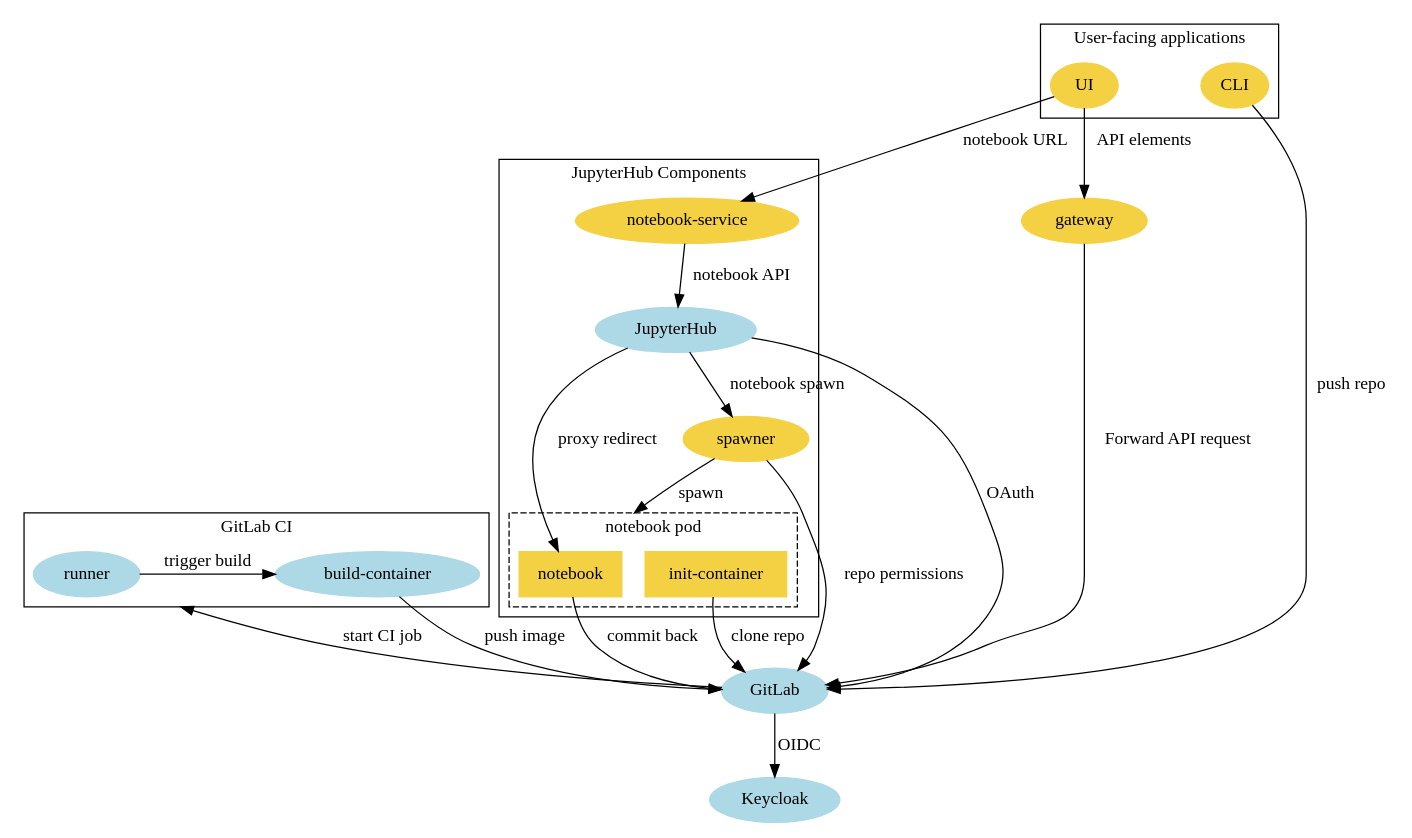
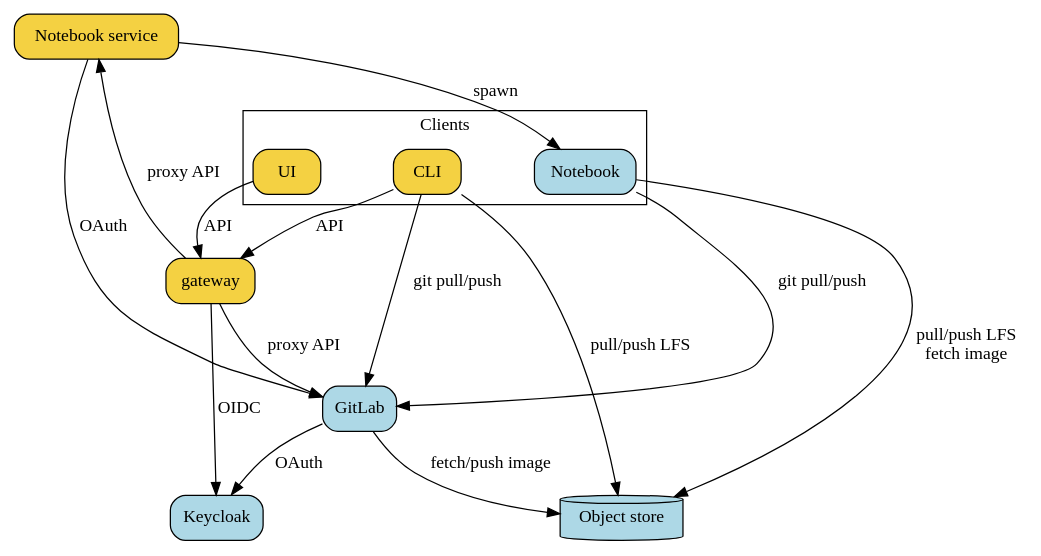
The diagram in docs/_static/graphviz/renku_architecture.dot (SwissDataScienceCenter/renku), drawn with Graphviz before and after one commit. The commit also changed 17 other files, not shown here.

Commit message:
update to architecture diagrams (#466)

```diff
--- a/docs/_static/graphviz/renku_architecture.dot
+++ b/docs/_static/graphviz/renku_architecture.dot
@@ -1,63 +1,49 @@
-digraph architecture {
+strict digraph architecture {
   compound=true;
+  newrank=true;
+  ordering=out;
+
+  graph [fontname="Raleway", nodesep="0.8"];
+  node [shape="rect", style="filled,rounded", fontname="Raleway"];
+  edge [fontname="Raleway"]
 
 
-  GitLab [color="lightblue", style="filled"]
-  Keycloak [color="lightblue", style="filled"]
-  UI [color="#f4d142", style="filled"]
-  CLI [color="#f4d142", style="filled"]
-  gateway [color="#f4d142", style="filled"]
-  JupyterHub [color="lightblue", style="filled"]
-  "notebook-service" [color="#f4d142", style="filled"]
-  spawner [color="#f4d142", style="filled"]
-  "notebook" [shape="rect", color="#f4d142", style="filled"]
-  "init-container" [shape="rect", color="#f4d142", style="filled"]
-  runner [color="lightblue", style="filled"]
-  "build-container" [color="lightblue", style="filled"]
+  # main off-the-shelf services
+  GitLab [fillcolor="lightblue" URL="../developer/services/notebooks_service.html#image-builds" target="_graphviz"]
+  Keycloak [fillcolor="lightblue"]
+  JupyterHub [label="Notebook service" fillcolor="#f4d142" URL="../developer/services/notebooks_service.html" target="_graphviz"]
+  Notebook [fillcolor="lightblue"]
 
-  subgraph auth_layer {
-    GitLab -> Keycloak [label="OIDC"]
-    // {rank=same; Keycloak, GitLab};
+  # clients
+  UI [fillcolor="#f4d142"]
+  CLI [fillcolor="#f4d142"]
+
+  gateway [fillcolor="#f4d142" URL="../developer/services/api_gateway.html" target="_graphviz"]
+
+  storage [fillcolor="lightblue", label="Object store", shape="cylinder"]
+
+  subgraph cluster_clients {
+    label="Clients"
+    UI
+    CLI
+    Notebook
+    {rank=same; UI, CLI, Notebook};
   }
 
-  subgraph cluster_client_side_apps {
-    label="User-facing applications"
-    UI
-    CLI
-    {rank=same; UI, CLI};
-  }
+  JupyterHub -> Notebook [label=" spawn"]
 
-  subgraph cluster_jupyterhub{
-    label="JupyterHub Components"
-    JupyterHub -> spawner [label="notebook spawn"]
-    spawner -> notebook [label="spawn", lhead=cluster_notebook];
-    JupyterHub -> notebook [label="proxy redirect"]
-    "notebook-service" -> JupyterHub [label="notebook API"]
+  CLI -> GitLab [label=" git pull/push"]
+  Notebook -> GitLab [label=" git pull/push"]
+  Notebook -> storage [label=" pull/push LFS\n fetch image"]
+  CLI -> gateway [label=" API"]
+  UI -> gateway [label=" API"]
+  GitLab -> Keycloak [label=" OAuth"]
+  JupyterHub -> GitLab [label=" OAuth"]
+  gateway -> GitLab [label=" proxy API"]
+  gateway -> JupyterHub [label=" proxy API"]
+  gateway -> Keycloak [label=" OIDC"]
+  GitLab -> storage [label=" fetch/push image"]
+  CLI -> storage [label=" pull/push LFS"]
 
-    subgraph cluster_notebook {
-      label="notebook pod"
-      style="dashed";
-      "init-container"
-      "notebook"
-    }
-  }
-
-  subgraph cluster_ci {
-    rankdir=LR;
-    label="GitLab CI"
-    runner -> "build-container" [label="trigger build"]
-    {rank=same; "runner", "build-container"};
-  }
-
-  spawner -> GitLab [label="repo permissions"]
-  JupyterHub -> GitLab [label="OAuth"]
-  "notebook" -> "GitLab" [label="commit back"]
-  "init-container" -> "GitLab" [label="clone repo"]
-  "build-container" -> GitLab [label="push image"]
-  GitLab -> runner [label="start CI job", lhead=cluster_ci]
-
-  CLI -> GitLab [label="push repo"]
-  UI -> gateway [label="API elements"]
-  gateway -> GitLab [label="Forward API request"]
-  UI -> "notebook-service" [label="notebook URL"]
+  {rank=0; UI}
 }
```
